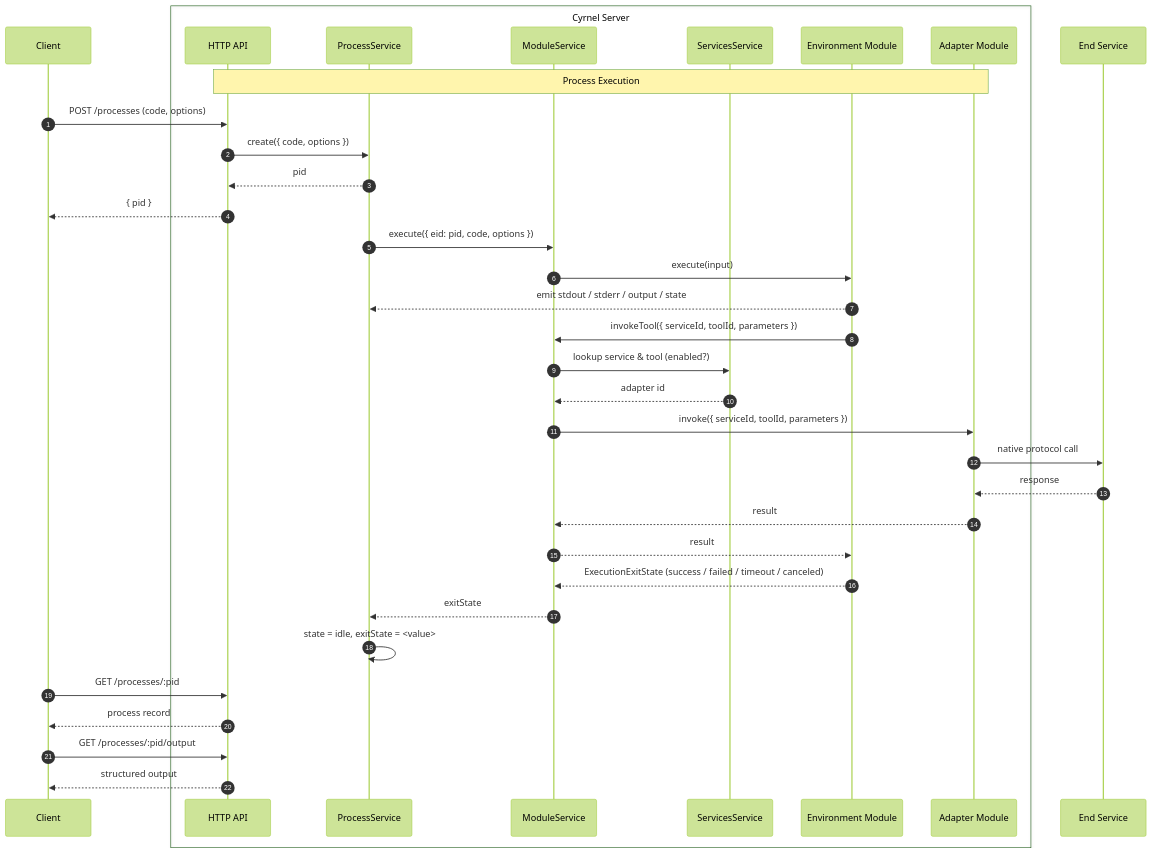
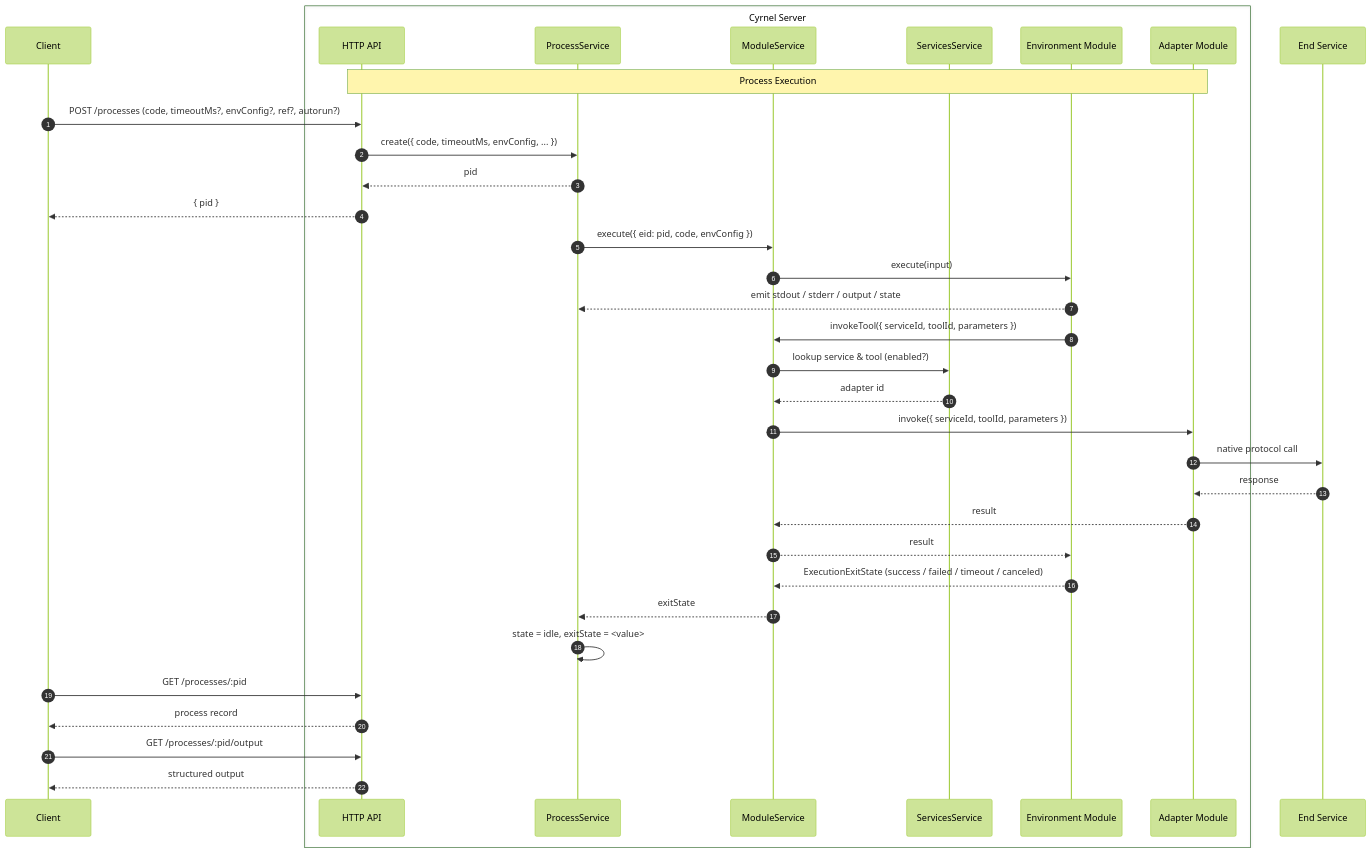
One commit to actelos/cyrnel changed the second of 2 diagrams in docs/cyrnel/docs/architecture.mdx. Above: the diagram before and after it, drawn with Mermaid (forest theme). The commit also changed 25 other files, not shown here.

First line of the commit message:
feat: replace ExecutionOptions with envConfig + API-level timeoutMs (#244)

````diff
--- a/docs/cyrnel/docs/architecture.mdx
+++ b/docs/cyrnel/docs/architecture.mdx
@@ -91,45 +91,45 @@
 ```mermaid
 sequenceDiagram
     autonumber
 
     participant Client
 
     box Cyrnel Server
         participant API as HTTP API
         participant PS as ProcessService
         participant MS as ModuleService
         participant SS as ServicesService
         participant Env as Environment Module
         participant Adapter as Adapter Module
     end
 
     participant Service as End Service
 
     Note over API,Adapter: Process Execution
-    Client->>API: POST /processes (code, options)
-    API->>PS: create({ code, options })
+    Client->>API: POST /processes (code, timeoutMs?, envConfig?, ref?, autorun?)
+    API->>PS: create({ code, timeoutMs, envConfig, ... })
     PS-->>API: pid
     API-->>Client: { pid }
 
-    PS->>MS: execute({ eid: pid, code, options })
+    PS->>MS: execute({ eid: pid, code, envConfig })
     MS->>Env: execute(input)
     Env-->>PS: emit stdout / stderr / output / state
 
     Env->>MS: invokeTool({ serviceId, toolId, parameters })
     MS->>SS: lookup service & tool (enabled?)
     SS-->>MS: adapter id
     MS->>Adapter: invoke({ serviceId, toolId, parameters })
     Adapter->>Service: native protocol call
     Service-->>Adapter: response
     Adapter-->>MS: result
     MS-->>Env: result
 
     Env-->>MS: ExecutionExitState (success / failed / timeout / canceled)
     MS-->>PS: exitState
     PS->>PS: state = idle, exitState = <value>
 
     Client->>API: GET /processes/:pid
     API-->>Client: process record
     Client->>API: GET /processes/:pid/output
     API-->>Client: structured output
 ```
````
